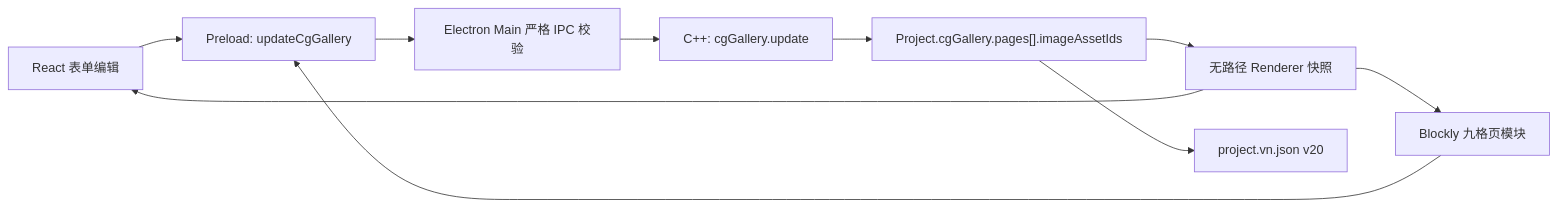
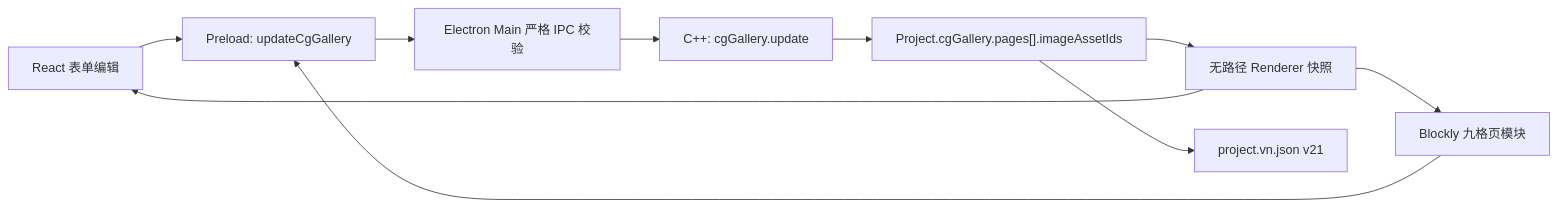
Before and after one commit to DarkboyRyan/Scratch-Novel-Engine: the first of 2 diagrams in docs/cg-gallery-implementation.md, drawn with Mermaid. The commit also changed other lines of this file and 187 other files, not shown here.

````diff
--- a/docs/cg-gallery-implementation.md
+++ b/docs/cg-gallery-implementation.md
@@ -72,12 +73,12 @@
 ```mermaid
 flowchart LR
   FORM["React 表单编辑"] --> INVOKE["Preload: updateCgGallery"]
   BLOCKLY["Blockly 九格页模块"] --> INVOKE
   INVOKE --> IPC["Electron Main 严格 IPC 校验"]
   IPC --> BACKEND["C++: cgGallery.update"]
   BACKEND --> PROJECT["Project.cgGallery.pages[].imageAssetIds"]
   PROJECT --> SNAPSHOT["无路径 Renderer 快照"]
-  PROJECT --> FILE["project.vn.json v20"]
+  PROJECT --> FILE["project.vn.json v21"]
   SNAPSHOT --> FORM
   SNAPSHOT --> BLOCKLY
 ```
````
